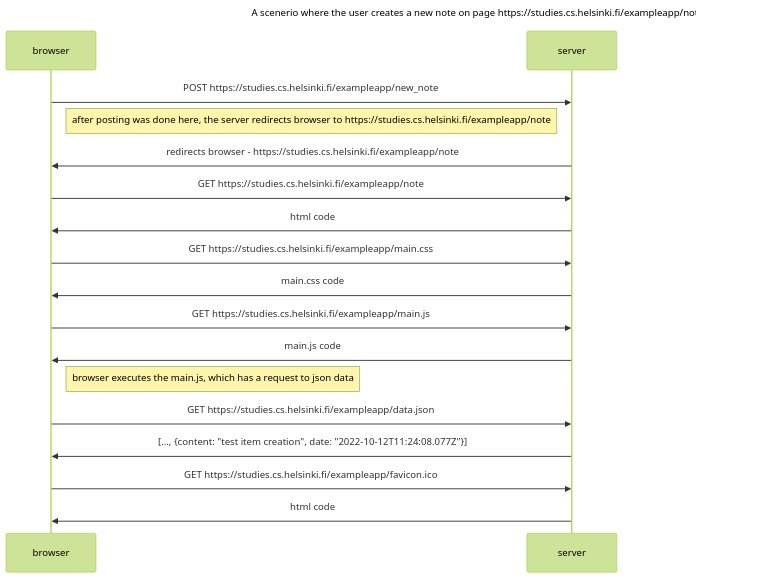
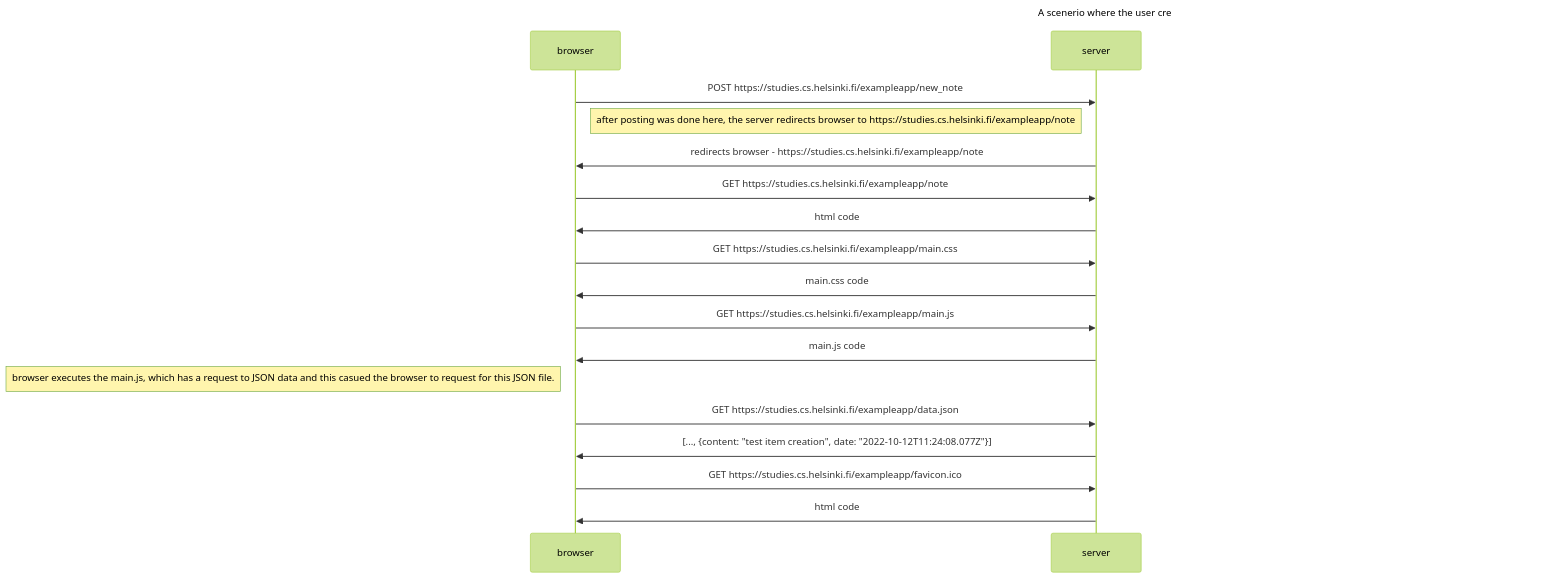
Before and after one commit to debaycisse/fullstack-uni-helsinki: the diagram in part0/excercise_0.4.md, drawn with Mermaid (forest theme). The commit also changed other lines of this file, not shown here.

````diff
--- a/part0/excercise_0.4.md
+++ b/part0/excercise_0.4.md
@@ -29,26 +29,26 @@
 ```mermaid
 sequenceDiagram
 
 title: A scenerio where the user creates a new note on page https://studies.cs.helsinki.fi/exampleapp/notes - part 0.4
 browser->>server: POST https://studies.cs.helsinki.fi/exampleapp/new_note
 Note left of server: after posting was done here, the server redirects browser to  https://studies.cs.helsinki.fi/exampleapp/note
 
 server->>browser: redirects browser - https://studies.cs.helsinki.fi/exampleapp/note
 
 
 
 browser->>server: GET https://studies.cs.helsinki.fi/exampleapp/note
 server->>browser: html code
 browser->>server: GET https://studies.cs.helsinki.fi/exampleapp/main.css
 server->>browser: main.css code
 browser->>server: GET https://studies.cs.helsinki.fi/exampleapp/main.js
 server->>browser: main.js code
 
-Note right of browser: browser executes the main.js, which has a request to json data
+Note left of browser: browser executes the main.js, which has a request to JSON data and this casued the browser to request for this JSON file.
 
 browser->>server: GET https://studies.cs.helsinki.fi/exampleapp/data.json
 server->>browser: [..., {content: "test item creation", date: "2022-10-12T11:24:08.077Z"}]
 
 browser->>server: GET https://studies.cs.helsinki.fi/exampleapp/favicon.ico
 server->>browser: html code
 ```
````
